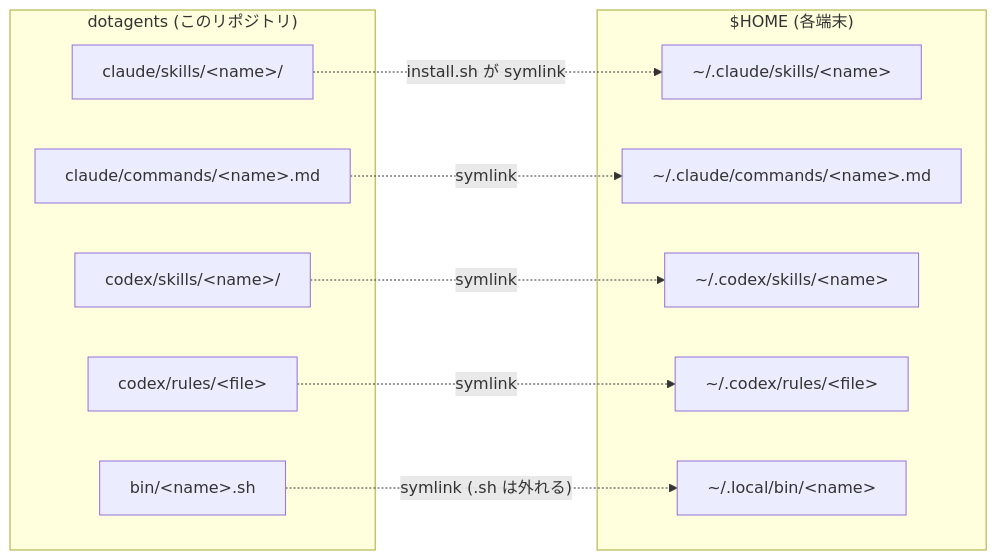
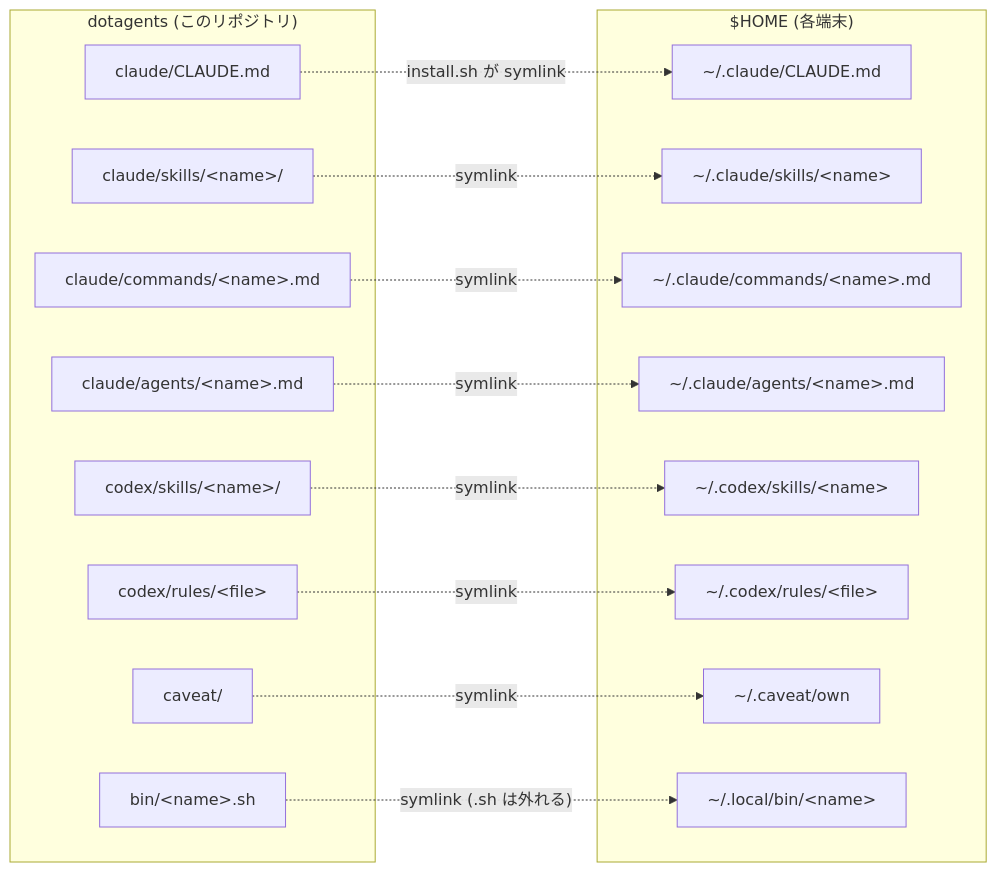
Before and after one commit to kitepon-rgb/dotagents: the diagram in README.md, drawn with Mermaid. The commit also changed other lines of this file and 3 other files, not shown here.

````diff
--- a/README.md
+++ b/README.md
@@ -21,22 +29,31 @@
 ```mermaid
 flowchart LR
   subgraph repo["dotagents (このリポジトリ)"]
+    gcm["claude/CLAUDE.md"]
     cs["claude/skills/&lt;name&gt;/"]
     cc["claude/commands/&lt;name&gt;.md"]
+    ca["claude/agents/&lt;name&gt;.md"]
     xs["codex/skills/&lt;name&gt;/"]
     xr["codex/rules/&lt;file&gt;"]
+    cv["caveat/"]
     bin["bin/&lt;name&gt;.sh"]
   end
   subgraph home["$HOME (各端末)"]
+    hgcm["~/.claude/CLAUDE.md"]
     hcs["~/.claude/skills/&lt;name&gt;"]
     hcc["~/.claude/commands/&lt;name&gt;.md"]
+    hca["~/.claude/agents/&lt;name&gt;.md"]
     hxs["~/.codex/skills/&lt;name&gt;"]
     hxr["~/.codex/rules/&lt;file&gt;"]
+    hcv["~/.caveat/own"]
     hbin["~/.local/bin/&lt;name&gt;"]
   end
-  cs -. "install.sh が symlink" .-> hcs
+  gcm -. "install.sh が symlink" .-> hgcm
+  cs -. symlink .-> hcs
   cc -. symlink .-> hcc
+  ca -. symlink .-> hca
   xs -. symlink .-> hxs
   xr -. symlink .-> hxr
+  cv -. symlink .-> hcv
   bin -. "symlink (.sh は外れる)" .-> hbin
 ```
````
